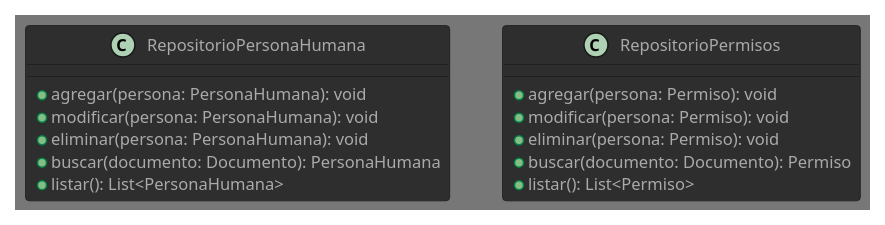
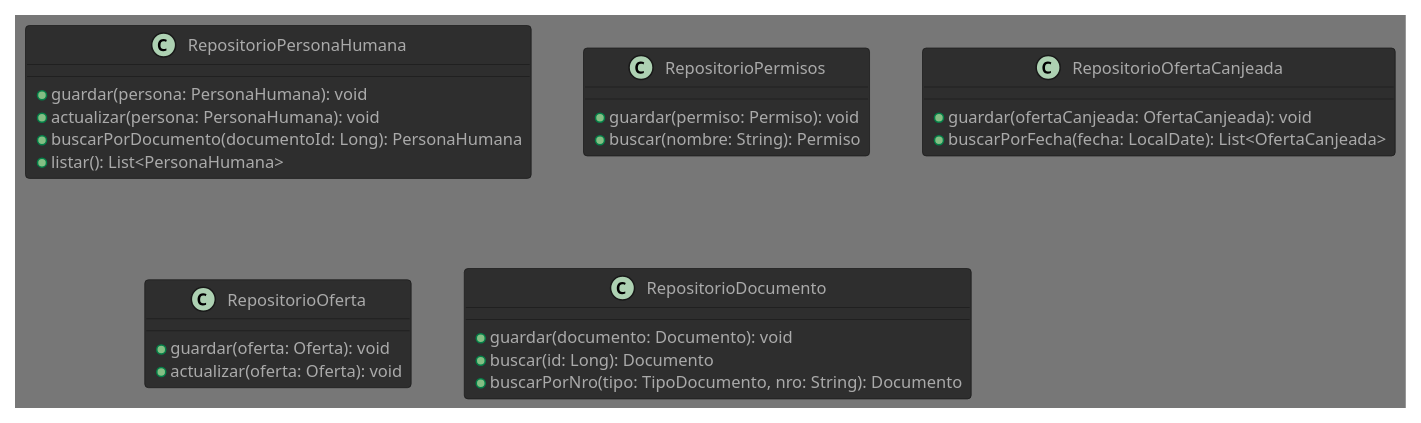
The diagram in documentos/segundaEntrega/diagramaDeClasesRepositorios.puml (eitan-wajsberg/tp-anual-dds-2024), drawn with PlantUML before and after one commit.

Commit message:
documentos: actualizo diagrama de repositorios

```diff
--- a/documentos/segundaEntrega/diagramaDeClasesRepositorios.puml
+++ b/documentos/segundaEntrega/diagramaDeClasesRepositorios.puml
@@ -1,20 +1,32 @@
 @startuml diagramaDeClasesRepositorios.
 !theme reddress-darkblue
 
 class RepositorioPersonaHumana {
-    + agregar(persona: PersonaHumana): void
-    + modificar(persona: PersonaHumana): void
-    + eliminar(persona: PersonaHumana): void
-    + buscar(documento: Documento): PersonaHumana
+    + guardar(persona: PersonaHumana): void
+    + actualizar(persona: PersonaHumana): void
+    + buscarPorDocumento(documentoId: Long): PersonaHumana
     + listar(): List<PersonaHumana>
 }
 
 class RepositorioPermisos {
-    + agregar(persona: Permiso): void
-    + modificar(persona: Permiso): void
-    + eliminar(persona: Permiso): void
-    + buscar(documento: Documento): Permiso
-    + listar(): List<Permiso>
+    + guardar(permiso: Permiso): void
+    + buscar(nombre: String): Permiso
+}
+
+class RepositorioOfertaCanjeada {
+    + guardar(ofertaCanjeada: OfertaCanjeada): void
+    + buscarPorFecha(fecha: LocalDate): List<OfertaCanjeada>
+}
+
+class RepositorioOferta {
+    + guardar(oferta: Oferta): void
+    + actualizar(oferta: Oferta): void
+}
+
+class RepositorioDocumento {
+    + guardar(documento: Documento): void
+    + buscar(id: Long): Documento
+    + buscarPorNro(tipo: TipoDocumento, nro: String): Documento
 }
 
 @enduml
```
